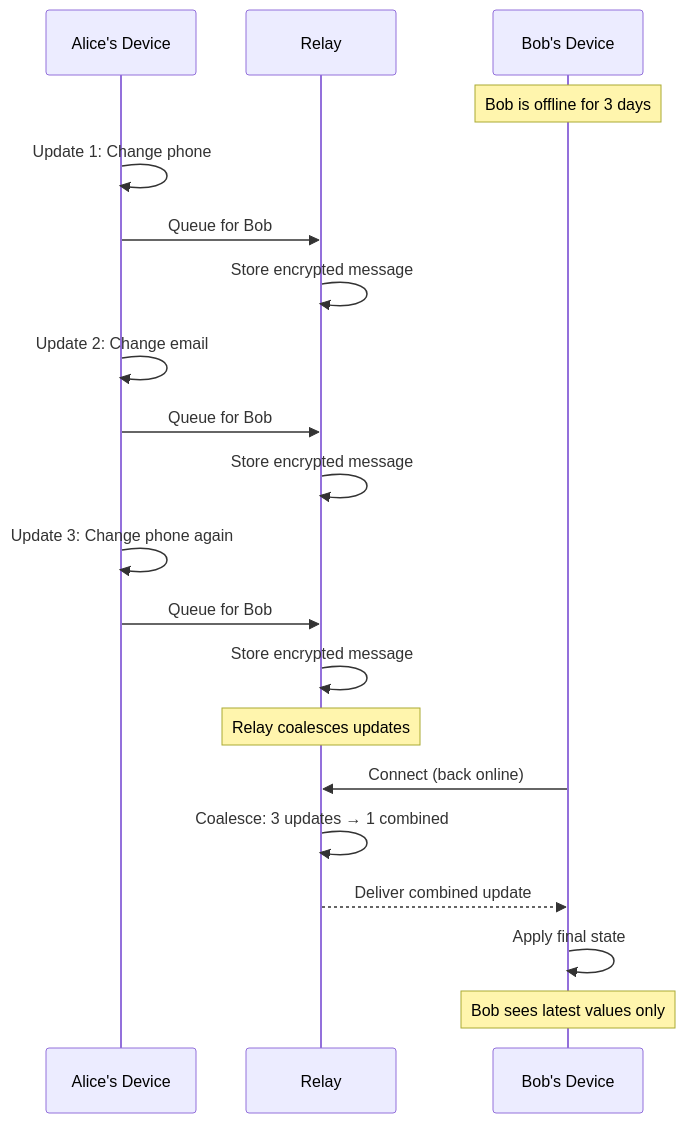
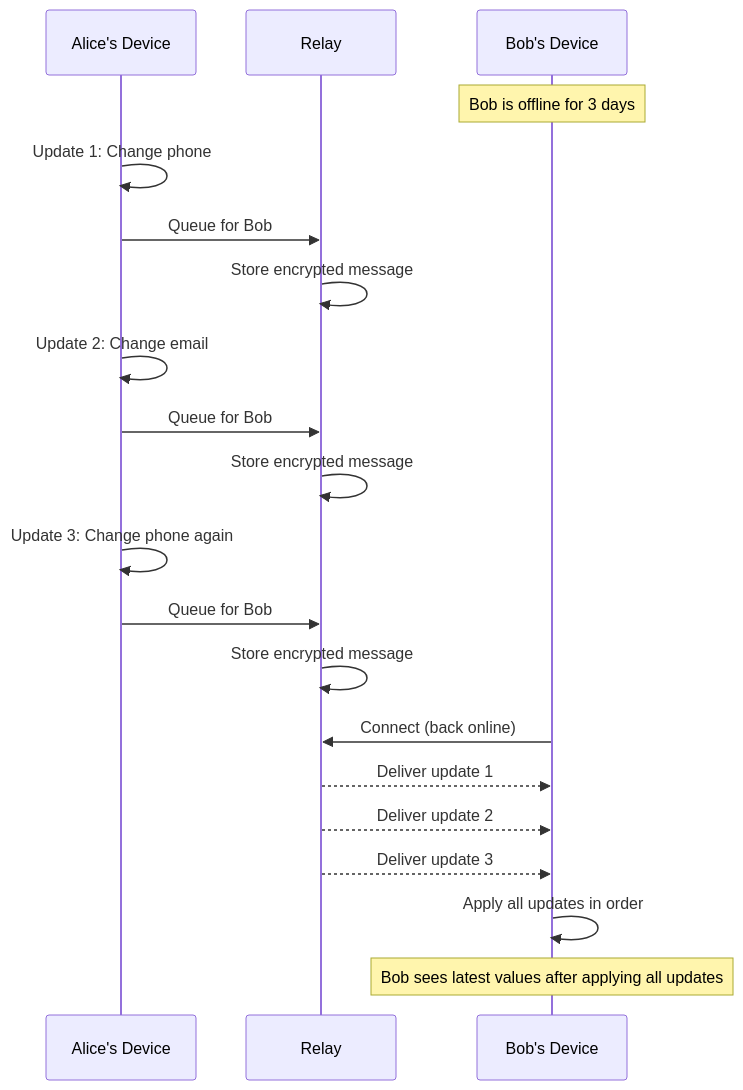
Before and after one commit to vauchi/docs: the third of 3 diagrams in docs/developers/diagrams/sync-updates.md, drawn with Mermaid. The commit also changed 7 other files, not shown here.

First line of the commit message:
fix: Correct crypto docs, diagrams, proximity range, and recovery expiry

````diff
--- a/docs/developers/diagrams/sync-updates.md
+++ b/docs/developers/diagrams/sync-updates.md
@@ -127,29 +127,28 @@
 ```mermaid
 sequenceDiagram
     participant AD as Alice's Device
     participant R as Relay
     participant BD as Bob's Device
 
     Note over BD: Bob is offline for 3 days
 
     AD->>AD: Update 1: Change phone
     AD->>R: Queue for Bob
     R->>R: Store encrypted message
 
     AD->>AD: Update 2: Change email
     AD->>R: Queue for Bob
     R->>R: Store encrypted message
 
     AD->>AD: Update 3: Change phone again
     AD->>R: Queue for Bob
     R->>R: Store encrypted message
 
-    Note over R: Relay coalesces updates
+    BD->>R: Connect (back online)
+    R-->>BD: Deliver update 1
+    R-->>BD: Deliver update 2
+    R-->>BD: Deliver update 3
 
-    BD->>R: Connect (back online)
-    R->>R: Coalesce: 3 updates → 1 combined
-    R-->>BD: Deliver combined update
-
-    BD->>BD: Apply final state
-    Note over BD: Bob sees latest values only
+    BD->>BD: Apply all updates in order
+    Note over BD: Bob sees latest values after applying all updates
 ```
````
